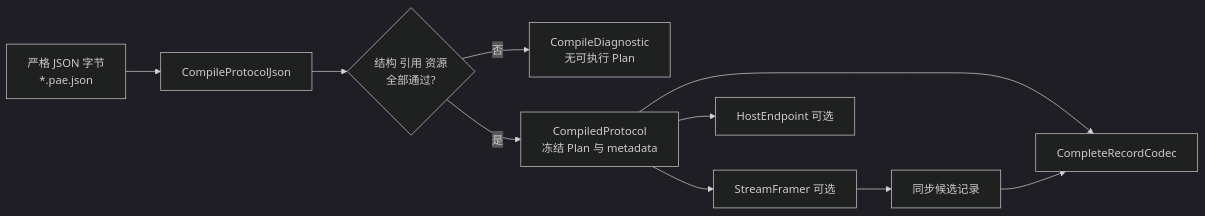
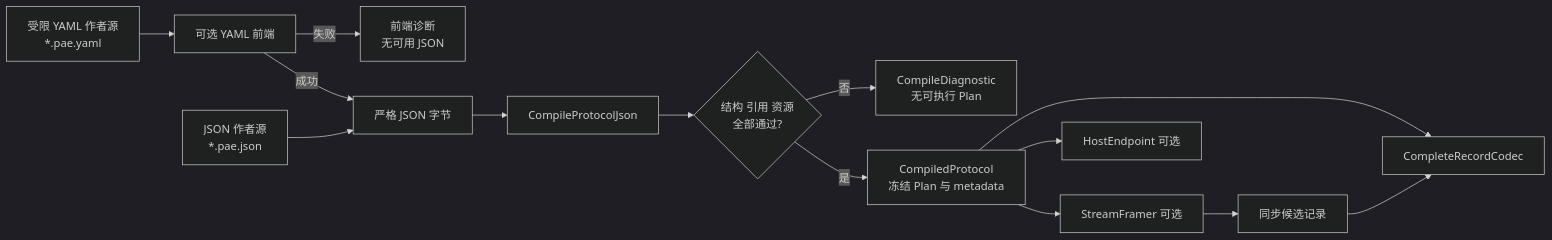
One commit to shaohaichongji/protocol_adapter_engine changed the diagram in docs/guides/04-协议配置入门.md. Above: the diagram before and after it, drawn with Mermaid (dark theme). The commit also changed other lines of this file and 13 other files, not shown here.

````diff
--- a/docs/guides/04-协议配置入门.md
+++ b/docs/guides/04-协议配置入门.md
@@ -19,12 +19,16 @@
 ```mermaid
 flowchart LR
-    Json["严格 JSON 字节<br/>*.pae.json"] --> Compile["CompileProtocolJson"]
+    Yaml["受限 YAML 作者源<br/>*.pae.yaml"] --> Frontend["可选 YAML 前端"]
+    Frontend -- "失败" --> YamlDiag["前端诊断<br/>无可用 JSON"]
+    Frontend -- "成功" --> Json["严格 JSON 字节"]
+    JsonFile["JSON 作者源<br/>*.pae.json"] --> Json
+    Json --> Compile["CompileProtocolJson"]
     Compile --> Check{"结构 引用 资源<br/>全部通过?"}
     Check -- "否" --> Diag["CompileDiagnostic<br/>无可执行 Plan"]
     Check -- "是" --> Frozen["CompiledProtocol<br/>冻结 Plan 与 metadata"]
     Frozen --> Codec["CompleteRecordCodec"]
     Frozen --> Framer["StreamFramer 可选"]
     Frozen --> Host["HostEndpoint 可选"]
     Framer --> Candidate["同步候选记录"]
     Candidate --> Codec
 ```
````
